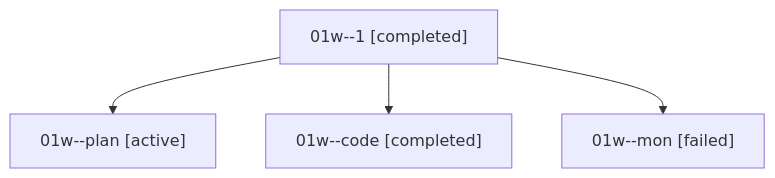
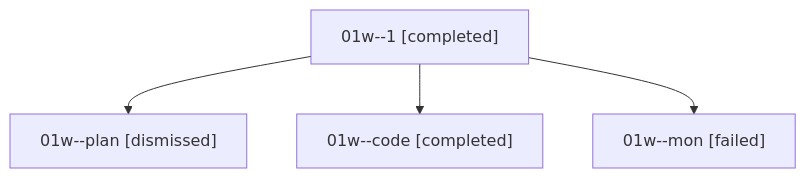
One commit to sase-org/sase--agents changed the diagram in sessions/bbugyi200.athena.01w.md. Above: the diagram before and after it, drawn with Mermaid. The commit also changed other lines of this file and 27 other files, not shown here.

````diff
--- a/sessions/bbugyi200.athena.01w.md
+++ b/sessions/bbugyi200.athena.01w.md
@@ -9,10 +9,10 @@
 ```mermaid
 flowchart TD
   n0["01w--1 [completed]"]
-  n1["01w--plan [active]"]
+  n1["01w--plan [dismissed]"]
   n0 --> n1
   n2["01w--code [completed]"]
   n0 --> n2
   n3["01w--mon [failed]"]
   n0 --> n3
 ```
````
